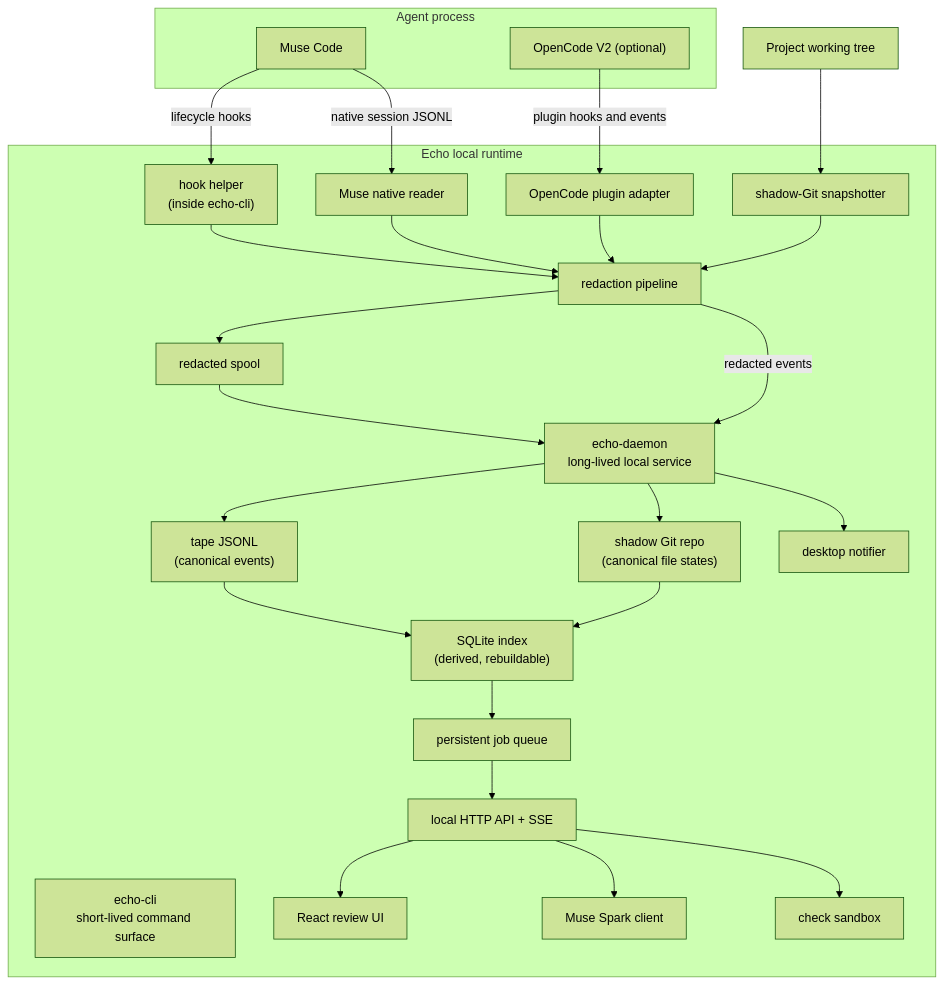
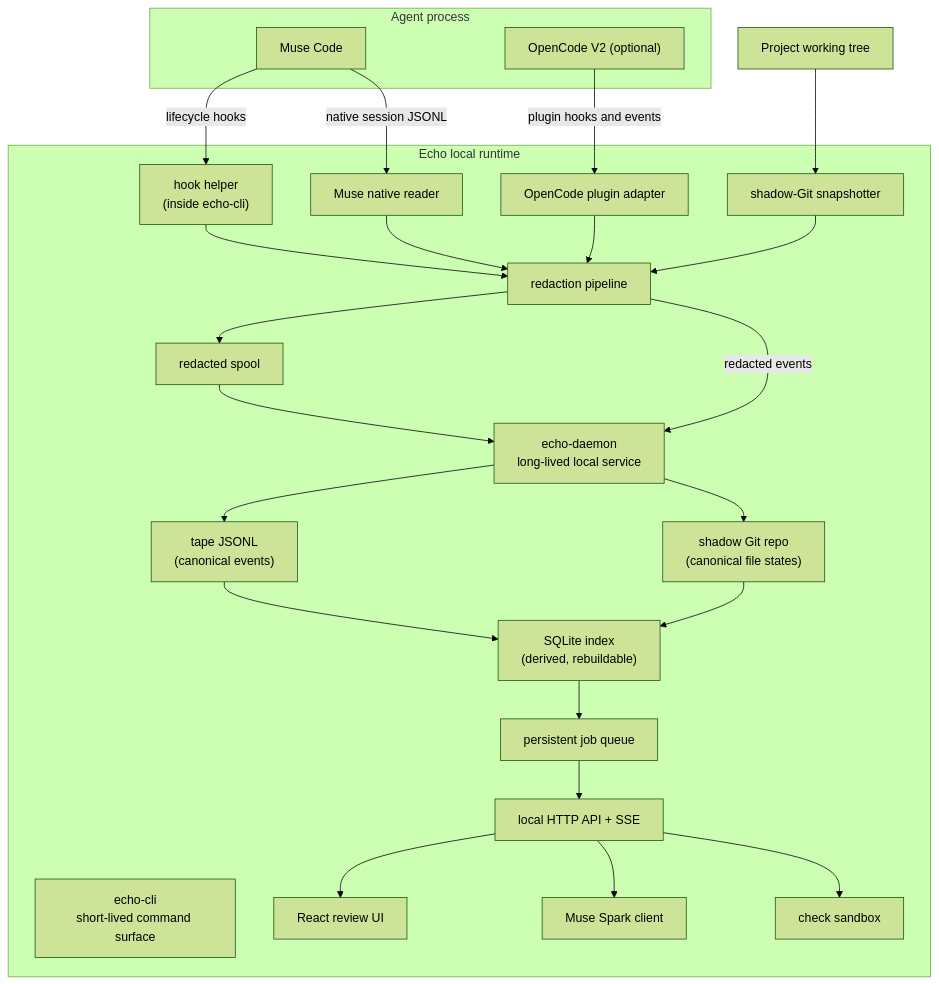
Before and after one commit to DammyCodes-all/echo: the first of 3 diagrams in docs/ARCHITECTURE.md, drawn with Mermaid (forest theme). The commit also changed other lines of this file and 1 other file, not shown here.

````diff
--- a/docs/ARCHITECTURE.md
+++ b/docs/ARCHITECTURE.md
@@ -43,50 +43,48 @@
 ```mermaid
 flowchart TB
   subgraph Agent["Agent process"]
     Muse["Muse Code"]
     OC["OpenCode V2 (optional)"]
   end
 
   subgraph Local["Echo local runtime"]
     CLI["echo-cli<br/>short-lived command surface"]
     Hook["hook helper<br/>(inside echo-cli)"]
     Daemon["echo-daemon<br/>long-lived local service"]
     Reader["Muse native reader"]
     OCP["OpenCode plugin adapter"]
     Spool["redacted spool"]
     Redact["redaction pipeline"]
     Snap["shadow-Git snapshotter"]
     Tape["tape JSONL<br/>(canonical events)"]
     Shadow["shadow Git repo<br/>(canonical file states)"]
     DB["SQLite index<br/>(derived, rebuildable)"]
     Jobs["persistent job queue"]
     API["local HTTP API + SSE"]
     Web["React review UI"]
     Model["Muse Spark client"]
     Sandbox["check sandbox"]
-    Notify["desktop notifier"]
   end
 
   Repo["Project working tree"]
 
   Muse -->|native session JSONL| Reader
   Muse -->|lifecycle hooks| Hook
   OC -->|plugin hooks and events| OCP
   Hook --> Redact
   Reader --> Redact
   OCP --> Redact
   Repo --> Snap --> Redact
   Redact --> Spool
   Spool --> Daemon
   Redact -->|redacted events| Daemon
   Daemon --> Tape
   Daemon --> Shadow
   Tape --> DB
   Shadow --> DB
   DB --> Jobs
   Jobs --> API
   API --> Web
   API --> Model
   API --> Sandbox
-  Daemon --> Notify
 ```
````
